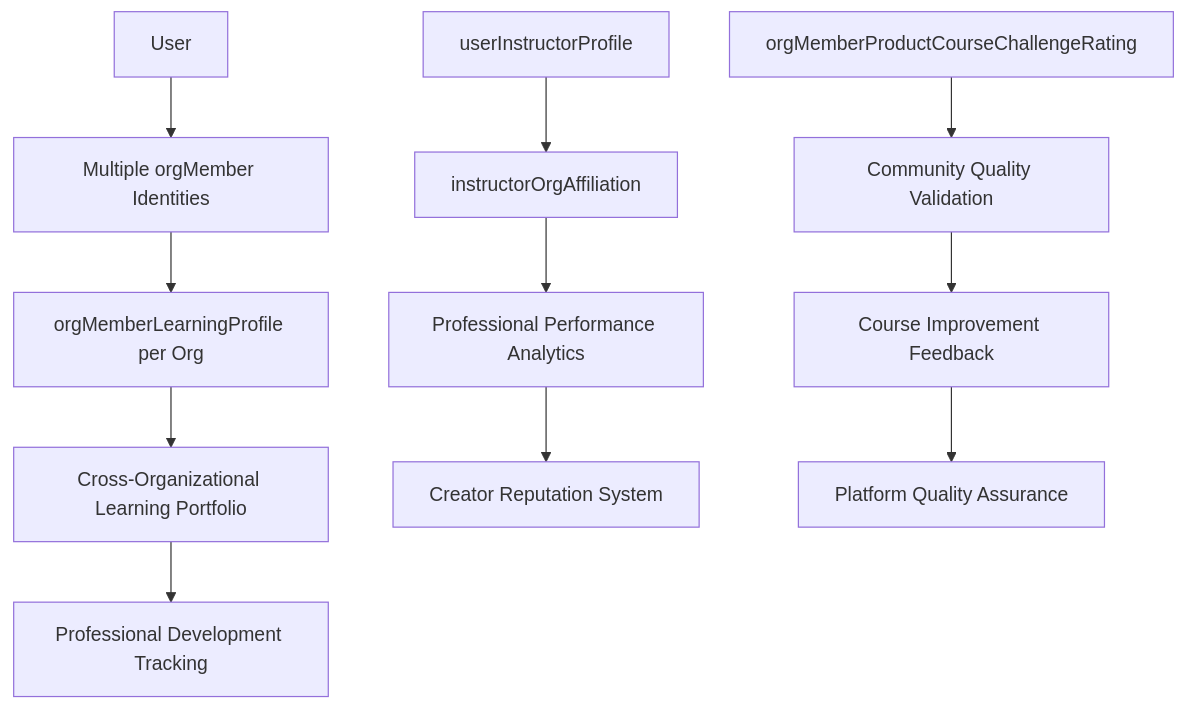
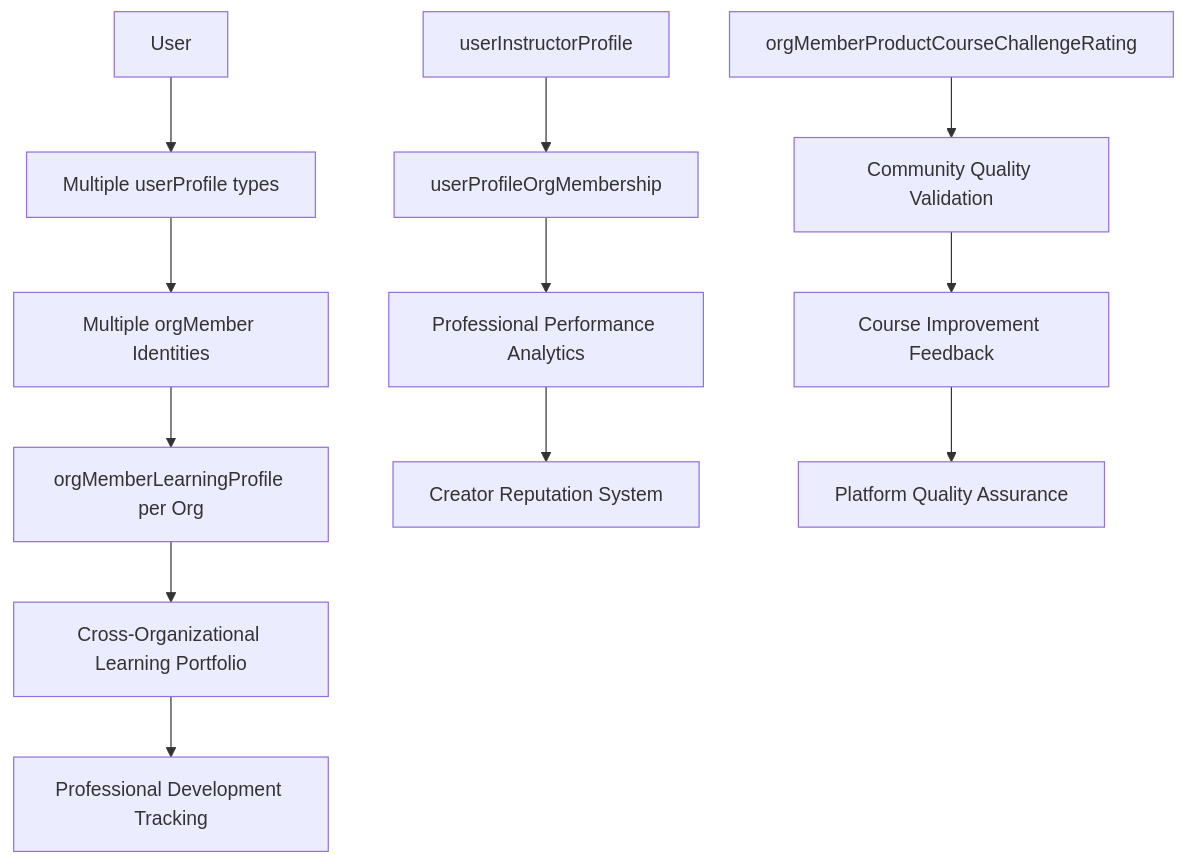
The sixth of 6 diagrams in apps/volmify/src/server/libs/db/schema/README.md (DreamEcho100/maze), drawn with Mermaid before and after one commit. The commit also changed other lines of this file and 3 other files, not shown here.

First line of the commit message:
Refactor order relations and schema definitions

````diff
--- a/apps/volmify/src/server/libs/db/schema/README.md
+++ b/apps/volmify/src/server/libs/db/schema/README.md
@@ -269,15 +310,16 @@
 ```mermaid
 graph TD
-    A[User] --> B[Multiple orgMember Identities]
-    B --> C[orgMemberLearningProfile per Org]
-    C --> D[Cross-Organizational Learning Portfolio]
-    D --> E[Professional Development Tracking]
+    A[User] --> B[Multiple userProfile types]
+    B --> C[Multiple orgMember Identities]
+    C --> D[orgMemberLearningProfile per Org]
+    D --> E[Cross-Organizational Learning Portfolio]
+    E --> F[Professional Development Tracking]
     
-    F[userInstructorProfile] --> G[instructorOrgAffiliation]
-    G --> H[Professional Performance Analytics]
-    H --> I[Creator Reputation System]
+    G[userInstructorProfile] --> H[userProfileOrgMembership]
+    H --> I[Professional Performance Analytics]
+    I --> J[Creator Reputation System]
     
-    J[orgMemberProductCourseChallengeRating] --> K[Community Quality Validation]
-    K --> L[Course Improvement Feedback]
-    L --> M[Platform Quality Assurance]
+    K[orgMemberProductCourseChallengeRating] --> L[Community Quality Validation]
+    L --> M[Course Improvement Feedback]
+    M --> N[Platform Quality Assurance]
 ```
````
